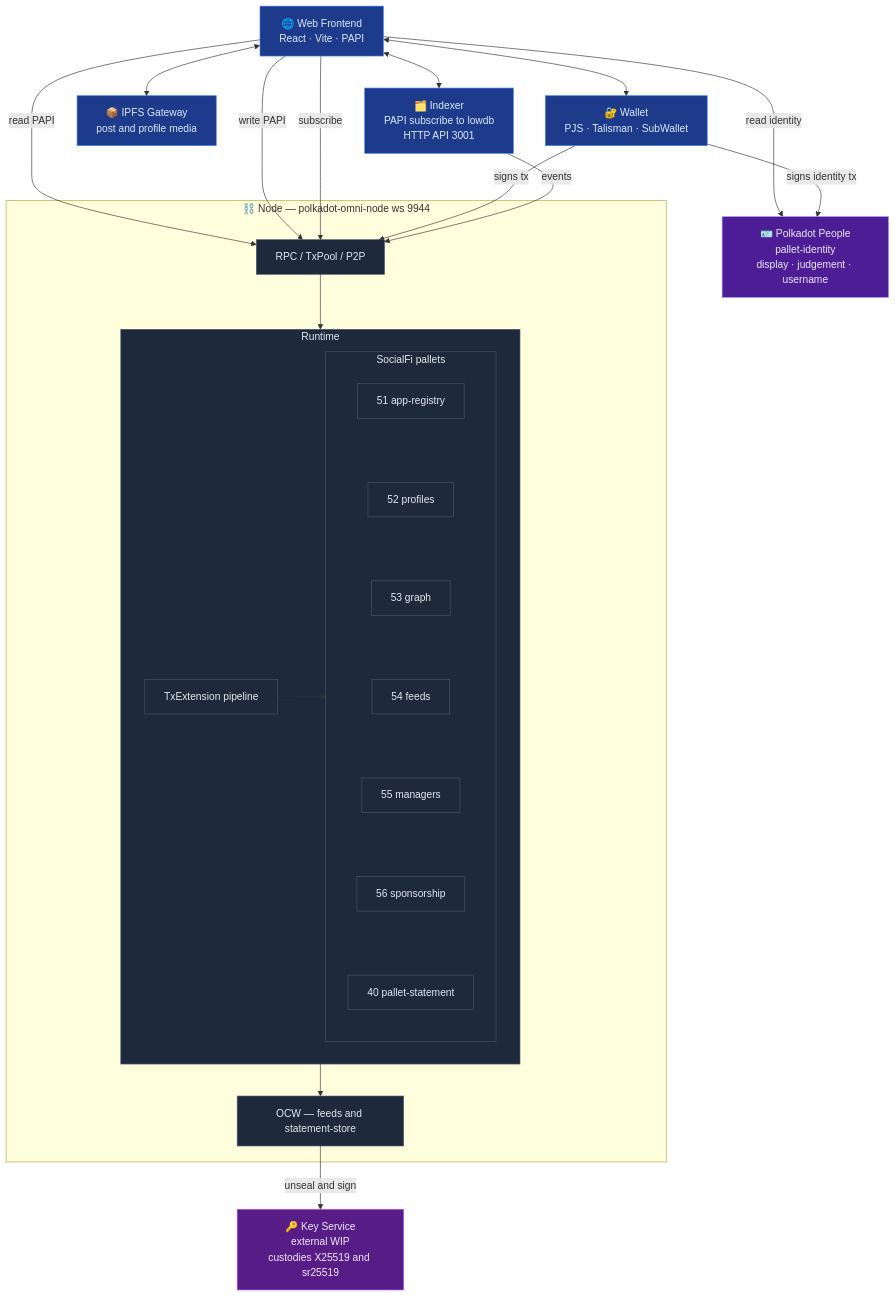
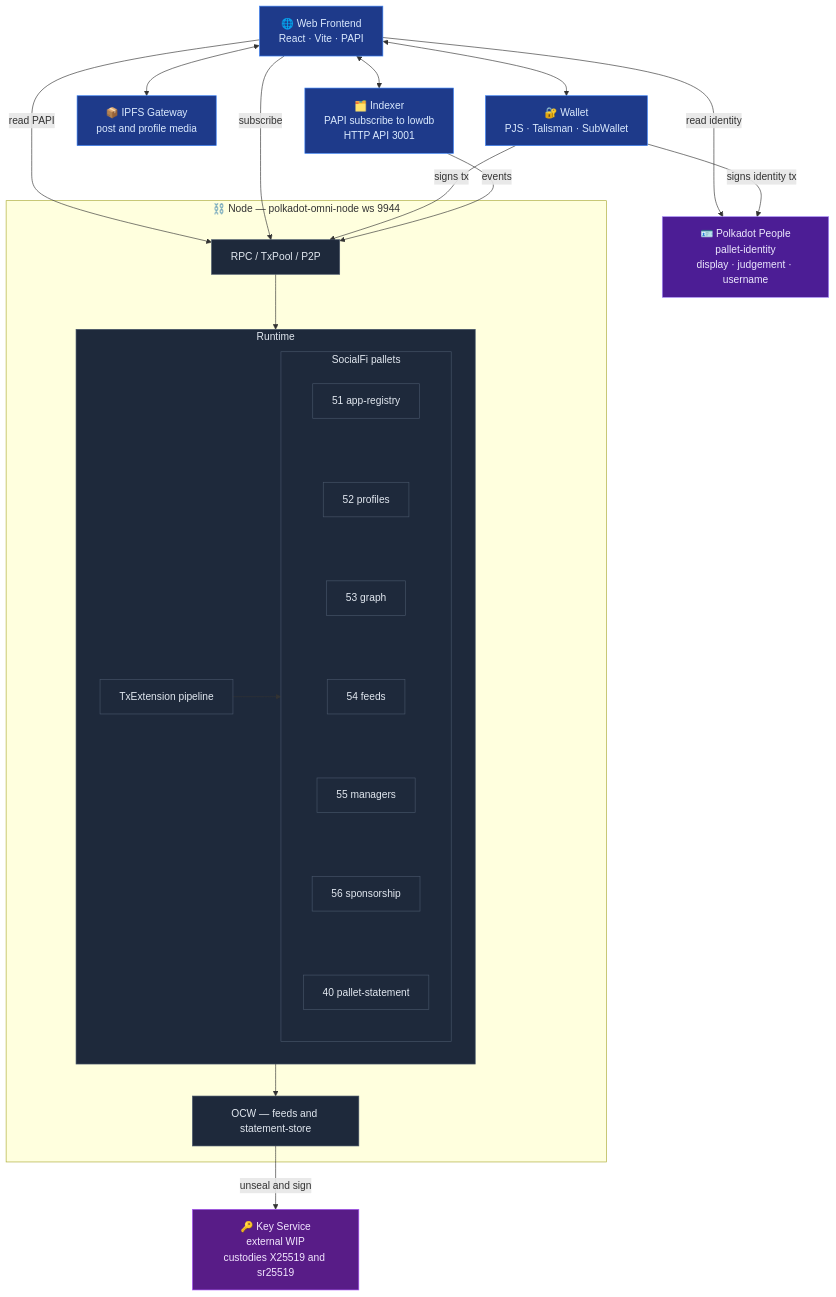
The diagram in README.md (germankuber/socialfi-protocol), drawn with Mermaid before and after one commit.

Commit message:
fix(readme): drop Frontend -> node write-PAPI edge
The frontend doesn't own a write lane to the node — the wallet is the signer and submits via its own transport (extension API → node). Kept the read and subscribe lanes since those are genuinely frontend-driven. Write path: Frontend asks Wallet to sign, Wallet -> RPC submits.

````diff
--- a/README.md
+++ b/README.md
@@ -15,56 +15,55 @@
 ```mermaid
 flowchart TB
     Wallet["🔐 Wallet<br/>PJS · Talisman · SubWallet"]
     IPFS["📦 IPFS Gateway<br/>post and profile media"]
     Front["🌐 Web Frontend<br/>React · Vite · PAPI"]
     Indexer["🗂️ Indexer<br/>PAPI subscribe to lowdb<br/>HTTP API 3001"]
     KS["🔑 Key Service<br/>external WIP<br/>custodies X25519 and sr25519"]
     People["🪪 Polkadot People<br/>pallet-identity<br/>display · judgement · username"]
 
     subgraph Node["⛓️ Node — polkadot-omni-node ws 9944"]
         RPC["RPC / TxPool / P2P"]
         subgraph RT["Runtime"]
             TxExt["TxExtension pipeline"]
             subgraph Pallets["SocialFi pallets"]
                 direction TB
                 AR["51 app-registry"]
                 PR["52 profiles"]
                 GR["53 graph"]
                 FD["54 feeds"]
                 MG["55 managers"]
                 SP["56 sponsorship"]
                 ST["40 pallet-statement"]
                 AR ~~~ PR ~~~ GR ~~~ FD ~~~ MG ~~~ SP ~~~ ST
             end
             TxExt --> Pallets
         end
         OCW["OCW — feeds and statement-store"]
         RPC --> RT
         RT --> OCW
     end
 
     Front <--> Wallet
     Front <--> IPFS
     Front <--> Indexer
 
     Front -- "read PAPI" --> RPC
-    Front -- "write PAPI" --> RPC
     Front -- "subscribe" --> RPC
 
     Wallet -- "signs tx" --> RPC
 
     Front -- "read identity" --> People
     Wallet -- "signs identity tx" --> People
 
     Indexer -- "events" --> RPC
     OCW -- "unseal and sign" --> KS
 
     classDef user fill:#1e3a8a,color:#dbeafe,stroke:#3b82f6
     classDef chain fill:#1e293b,color:#e2e8f0,stroke:#475569
     classDef external fill:#581c87,color:#f3e8ff,stroke:#a855f7
     classDef people fill:#4c1d95,color:#ede9fe,stroke:#a78bfa
     class Wallet,Front,IPFS,Indexer user
     class RPC,RT,OCW,TxExt,Pallets,AR,PR,GR,FD,MG,SP,ST chain
     class KS external
     class People people
 ```
````
